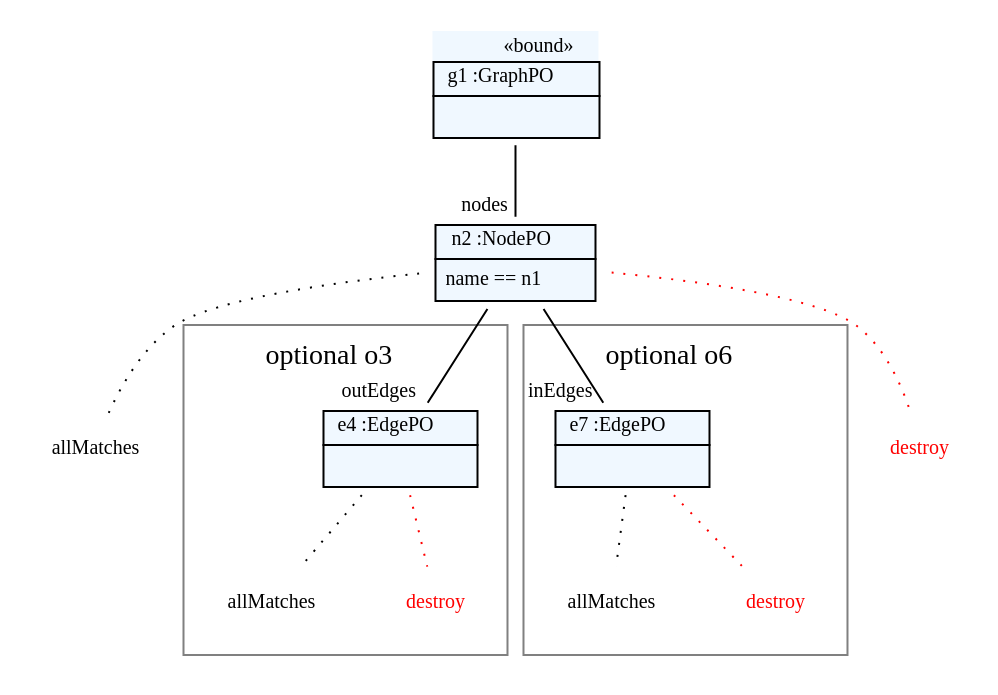
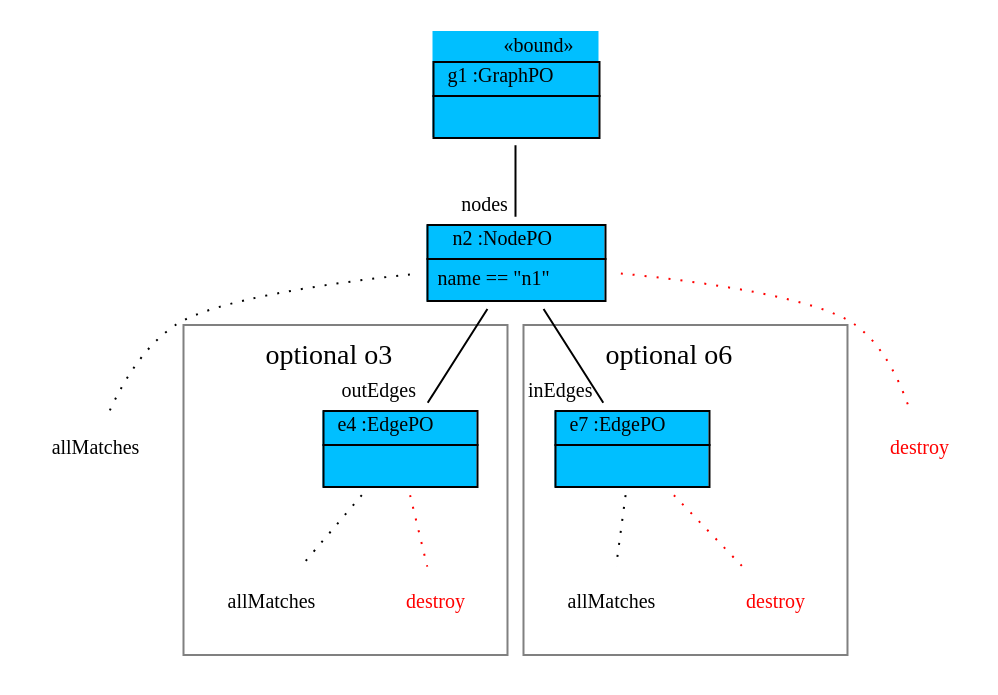
The diagram in doc/deleteNodeWithNameN1_nodeN1.dot (fujaba/SDMLib), drawn with Graphviz before and after one commit. The commit also changed 311 other files, not shown here.

```diff
--- a/doc/deleteNodeWithNameN1_nodeN1.dot
+++ b/doc/deleteNodeWithNameN1_nodeN1.dot
@@ -1,39 +1,39 @@
 graph ObjectDiagram {
    node [shape = none, fontsize = 10];
    edge [fontsize = 10];
 
-g1 [label=<<table border='0' cellborder='1' cellspacing='0' color='black' bgcolor='aliceblue'> <tr> <td border='0' align='right'><font color='black'>&laquo;bound&raquo;</font></td></tr> <tr> <td align='center'> <font color='black'> g1 :GraphPO </font></td></tr> <tr> <td align='left'> <table border='0' cellborder='0' cellspacing='0' color='black'> <tr> <td>  </td></tr></table></td></tr></table>>];
-n2 [label=<<table border='0' cellborder='1' cellspacing='0' color='black' bgcolor='aliceblue'>  <tr> <td align='center'> <font color='black'> n2 :NodePO </font></td></tr> <tr> <td align='left'> <table border='0' cellborder='0' cellspacing='0' color='black'> <tr><td><font color='black'> name == n1 </font></td></tr></table></td></tr></table>>];
+g1 [label=<<table border='0' cellborder='1' cellspacing='0' color='black' bgcolor='deepskyblue'> <tr> <td border='0' align='right'><font color='black'>&#171;bound&#187;</font></td></tr> <tr> <td align='center'> <font color='black'> g1 :GraphPO </font></td></tr> <tr> <td align='left'> <table border='0' cellborder='0' cellspacing='0' color='black'> <tr> <td>  </td></tr></table></td></tr></table>>];
+n2 [label=<<table border='0' cellborder='1' cellspacing='0' color='black' bgcolor='deepskyblue'>  <tr> <td align='center'> <font color='black'> n2 :NodePO </font></td></tr> <tr> <td align='left'> <table border='0' cellborder='0' cellspacing='0' color='black'> <tr><td><font color='black'> name == "n1" </font></td></tr></table></td></tr></table>>];
 allMatches_n2 [label=allMatches];
 subgraph cluster_o3 
 {
    label=<<table border='0' cellborder='0'><tr><td>optional o3</td></tr></table>>;
    color=grey;
 
-e4 [label=<<table border='0' cellborder='1' cellspacing='0' color='black' bgcolor='aliceblue'>  <tr> <td align='center'> <font color='black'> e4 :EdgePO </font></td></tr> <tr> <td align='left'> <table border='0' cellborder='0' cellspacing='0' color='black'> <tr> <td>  </td></tr></table></td></tr></table>>];
+e4 [label=<<table border='0' cellborder='1' cellspacing='0' color='black' bgcolor='deepskyblue'>  <tr> <td align='center'> <font color='black'> e4 :EdgePO </font></td></tr> <tr> <td align='left'> <table border='0' cellborder='0' cellspacing='0' color='black'> <tr> <td>  </td></tr></table></td></tr></table>>];
 allMatches_e4 [label=allMatches];
 d5 [label="destroy" fontcolor="red"]
 }
 
 subgraph cluster_o6 
 {
    label=<<table border='0' cellborder='0'><tr><td>optional o6</td></tr></table>>;
    color=grey;
 
-e7 [label=<<table border='0' cellborder='1' cellspacing='0' color='black' bgcolor='aliceblue'>  <tr> <td align='center'> <font color='black'> e7 :EdgePO </font></td></tr> <tr> <td align='left'> <table border='0' cellborder='0' cellspacing='0' color='black'> <tr> <td>  </td></tr></table></td></tr></table>>];
+e7 [label=<<table border='0' cellborder='1' cellspacing='0' color='black' bgcolor='deepskyblue'>  <tr> <td align='center'> <font color='black'> e7 :EdgePO </font></td></tr> <tr> <td align='left'> <table border='0' cellborder='0' cellspacing='0' color='black'> <tr> <td>  </td></tr></table></td></tr></table>>];
 allMatches_e7 [label=allMatches];
 d8 [label="destroy" fontcolor="red"]
 }
 
 d9 [label="destroy" fontcolor="red"]
 
 n2 -- allMatches_n2 [style="dotted"];
 e4 -- allMatches_e4 [style="dotted"];
 e4 -- d5 [style="dotted" color="red" fontcolor="red"];
 e7 -- allMatches_e7 [style="dotted"];
 e7 -- d8 [style="dotted" color="red" fontcolor="red"];
 n2 -- d9 [style="dotted" color="red" fontcolor="red"];
 g1 -- n2 [headlabel = "nodes" taillabel = "" color="black" fontcolor="black"];
 n2 -- e4 [headlabel = "outEdges" taillabel = "" color="black" fontcolor="black"];
 n2 -- e7 [headlabel = "inEdges" taillabel = "" color="black" fontcolor="black"];
 }
```
